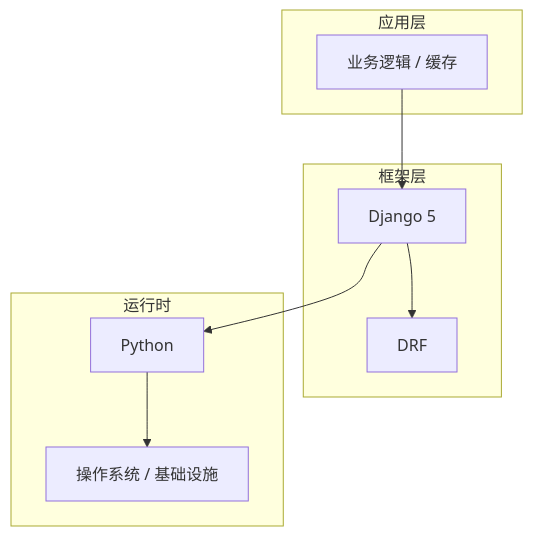
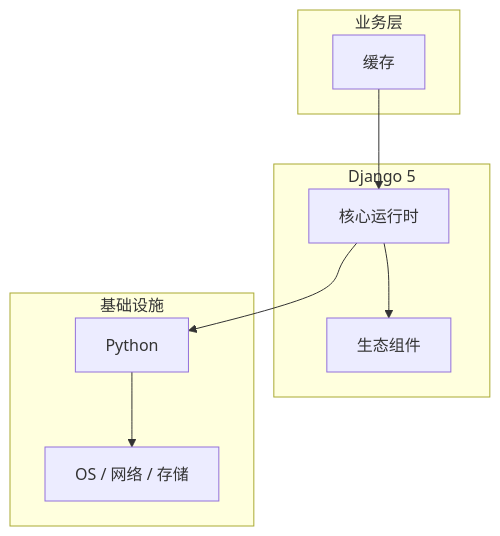
One commit to yanggan2015/knowledge-json-v2 changed the diagram in articles/Django/chapters/056-缓存核心概念与原理.md. Above: the diagram before and after it, drawn with Mermaid. The commit also changed other lines of this file and 10127 other files, not shown here.

````diff
--- a/articles/Django/chapters/056-缓存核心概念与原理.md
+++ b/articles/Django/chapters/056-缓存核心概念与原理.md
@@ -45,18 +34,18 @@
 ```mermaid
 graph TB
-    subgraph 应用层
-        A[业务逻辑 / 缓存]
+    subgraph 业务层
+        A[缓存]
     end
-    subgraph 框架层
-        B[Django 5]
-        C[DRF]
+    subgraph Django 5
+        B[核心运行时]
+        C[生态组件]
     end
-    subgraph 运行时
+    subgraph 基础设施
         D[Python]
-        E[操作系统 / 基础设施]
+        E[OS / 网络 / 存储]
     end
     A --> B
     B --> C
     B --> D
     D --> E
 ```
````
